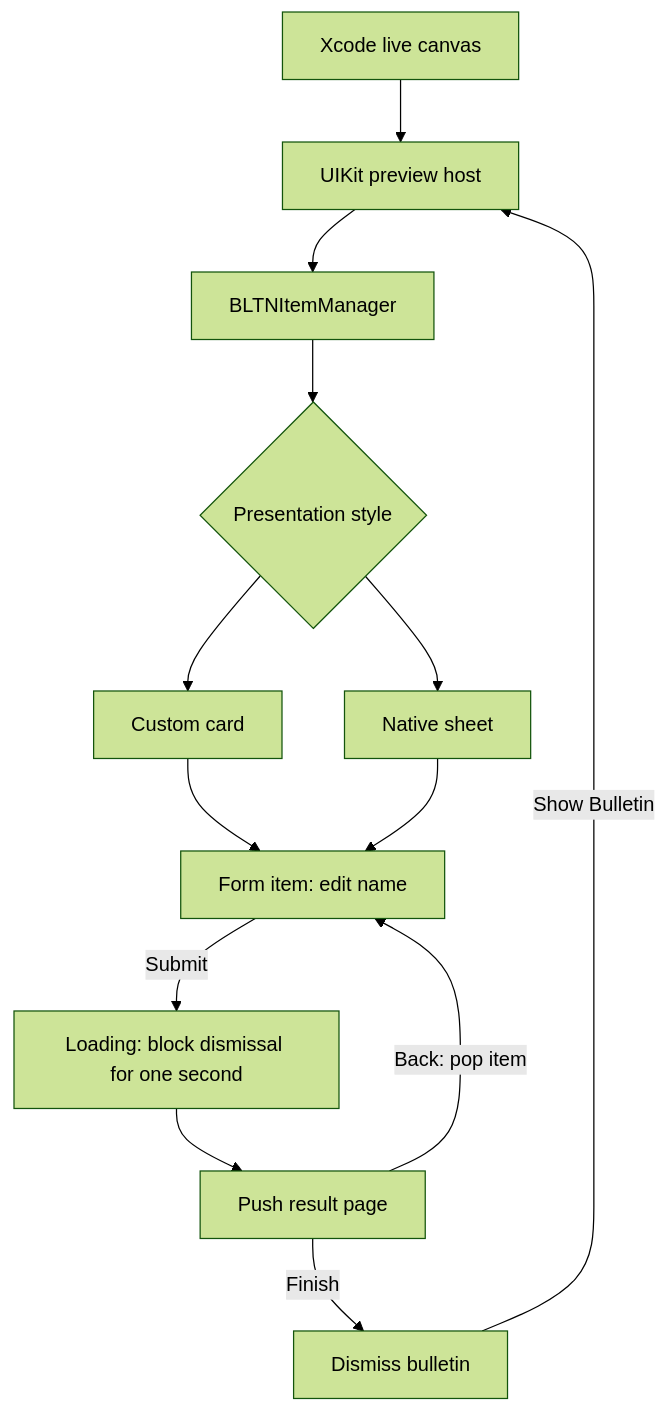
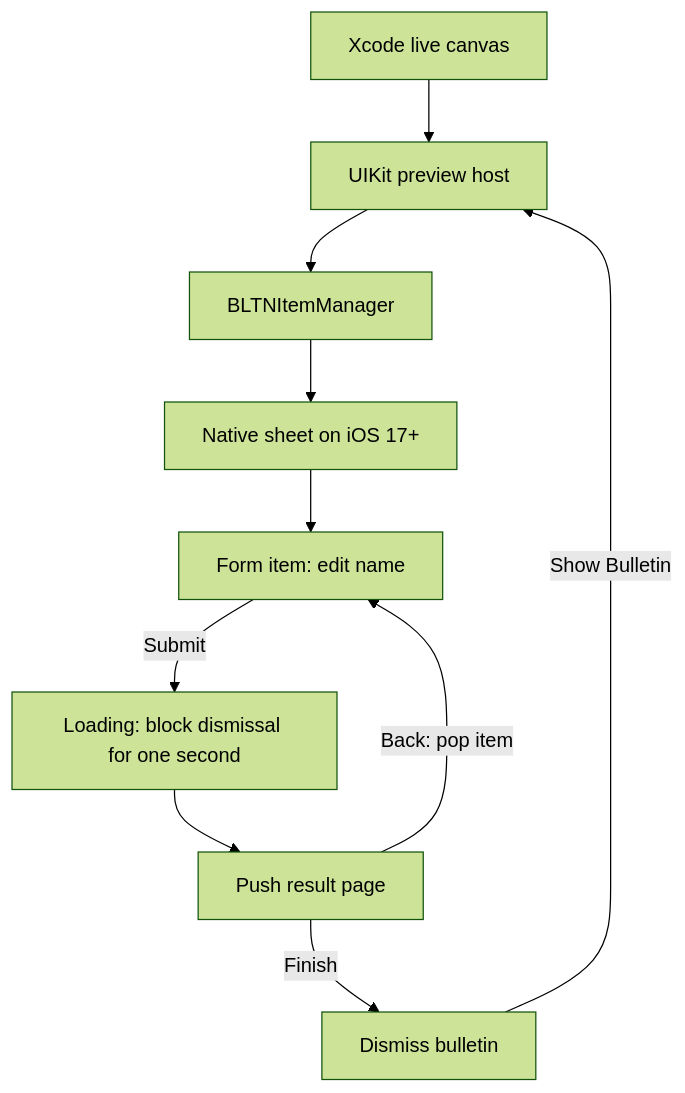
One commit to LambdaDigamma/BulletinBoard changed the diagram in guides/Framework Previews.md. Above: the diagram before and after it, drawn with Mermaid (forest theme). The commit also changed other lines of this file and 38 other files, not shown here.

````diff
--- a/guides/Framework Previews.md
+++ b/guides/Framework Previews.md
@@ -20,15 +21,12 @@
 ```mermaid
 flowchart TD
     Canvas[Xcode live canvas] --> Host[UIKit preview host]
     Host --> Manager[BLTNItemManager]
-    Manager --> Presenter{Presentation style}
-    Presenter --> Custom[Custom card]
-    Presenter --> Native[Native sheet]
-    Custom --> Form[Form item: edit name]
-    Native --> Form
+    Manager --> Native[Native sheet on iOS 17+]
+    Native --> Form[Form item: edit name]
     Form -->|Submit| Loading[Loading: block dismissal for one second]
     Loading --> Result[Push result page]
     Result -->|Back: pop item| Form
     Result -->|Finish| Dismiss[Dismiss bulletin]
     Dismiss -->|Show Bulletin| Host
 ```
````
